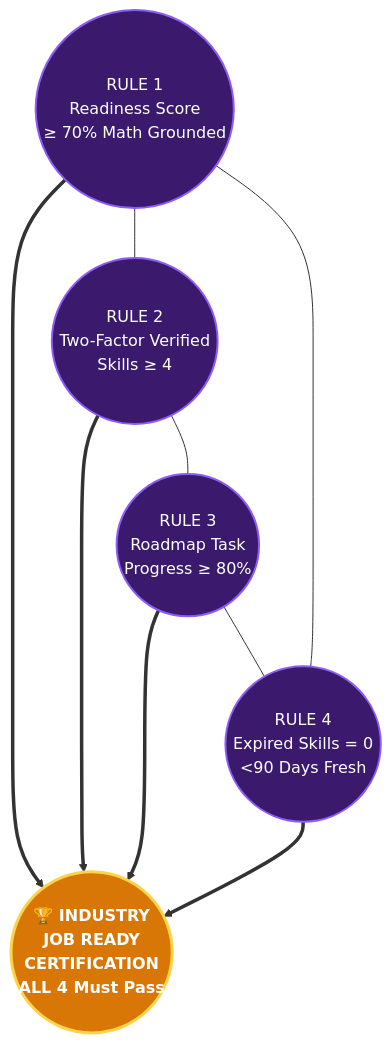
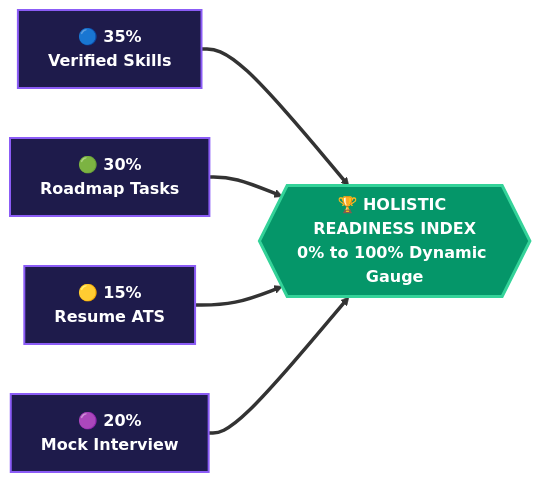
One commit to parthpatil1234p-svg/careerpath-ai changed the fourth of 5 diagrams in docs/PPT-CONTENT.md. Above: the diagram before and after it, drawn with Mermaid. The commit also changed other lines of this file and 13 other files, not shown here.

````diff
--- a/docs/PPT-CONTENT.md
+++ b/docs/PPT-CONTENT.md
@@ -405,18 +287,17 @@
 ```mermaid
-flowchart TD
-    classDef center fill:#D97706,stroke:#FCD34D,stroke-width:3px,color:#FFFFFF,font-weight:bold;
-    classDef rule fill:#3B1A6E,stroke:#8B5CF6,stroke-width:2px,color:#FFFFFF;
+flowchart LR
+    classDef weight fill:#1E1B4B,stroke:#8B5CF6,stroke-width:2px,color:#FFFFFF,font-weight:bold;
+    classDef score fill:#059669,stroke:#34D399,stroke-width:3px,color:#FFFFFF,font-weight:bold;
 
-    CENTER((🏆 INDUSTRY<br/>JOB READY<br/>CERTIFICATION<br/>ALL 4 Must Pass)):::center
+    W1[🔵 35%<br/>Verified Skills]:::weight
+    W2[🟢 30%<br/>Roadmap Tasks]:::weight
+    W3[🟡 15%<br/>Resume ATS]:::weight
+    W4[🟣 20%<br/>Mock Interview]:::weight
 
-    R1((RULE 1<br/>Readiness Score<br/>≥ 70% Math Grounded)):::rule
-    R2((RULE 2<br/>Two-Factor Verified<br/>Skills ≥ 4)):::rule
-    R3((RULE 3<br/>Roadmap Task<br/>Progress ≥ 80%)):::rule
-    R4((RULE 4<br/>Expired Skills = 0<br/>&lt;90 Days Fresh)):::rule
+    TOTAL{{🏆 HOLISTIC READINESS INDEX<br/>0% to 100% Dynamic Gauge}}:::score
 
-    R1 ==> CENTER
-    R2 ==> CENTER
-    R3 ==> CENTER
-    R4 ==> CENTER
-    R1 --- R2 --- R3 --- R4 --- R1
+    W1 ==> TOTAL
+    W2 ==> TOTAL
+    W3 ==> TOTAL
+    W4 ==> TOTAL
 ```
````
